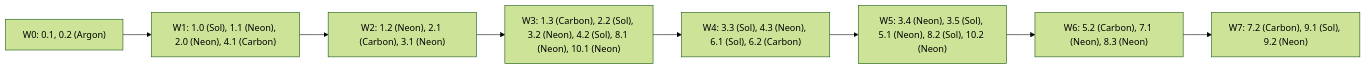
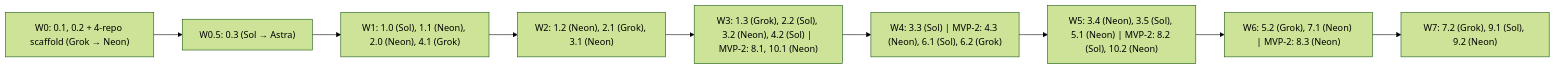
One commit to axiomasoft/vaulter changed the diagram in plan/execution/models-and-orchestration.md. Above: the diagram before and after it, drawn with Mermaid (forest theme). The commit also changed other lines of this file and 66 other files, not shown here.

Commit message:
Finalize Vaulter ecosystem plan, engineering standards, orchestration and drop obsolete roadmap

````diff
--- a/plan/execution/models-and-orchestration.md
+++ b/plan/execution/models-and-orchestration.md
@@ -54,10 +79,11 @@
 ```mermaid
 flowchart LR
-    W0["W0: 0.1, 0.2 (Argon)"] --> W1["W1: 1.0 (Sol), 1.1 (Neon), 2.0 (Neon), 4.1 (Carbon)"]
-    W1 --> W2["W2: 1.2 (Neon), 2.1 (Carbon), 3.1 (Neon)"]
-    W2 --> W3["W3: 1.3 (Carbon), 2.2 (Sol), 3.2 (Neon), 4.2 (Sol), 8.1 (Neon), 10.1 (Neon)"]
-    W3 --> W4["W4: 3.3 (Sol), 4.3 (Neon), 6.1 (Sol), 6.2 (Carbon)"]
-    W4 --> W5["W5: 3.4 (Neon), 3.5 (Sol), 5.1 (Neon), 8.2 (Sol), 10.2 (Neon)"]
-    W5 --> W6["W6: 5.2 (Carbon), 7.1 (Neon), 8.3 (Neon)"]
-    W6 --> W7["W7: 7.2 (Carbon), 9.1 (Sol), 9.2 (Neon)"]
+    W0["W0: 0.1, 0.2 + 4-repo scaffold (Grok → Neon)"] --> W05["W0.5: 0.3 (Sol → Astra)"]
+    W05 --> W1["W1: 1.0 (Sol), 1.1 (Neon), 2.0 (Neon), 4.1 (Grok)"]
+    W1 --> W2["W2: 1.2 (Neon), 2.1 (Grok), 3.1 (Neon)"]
+    W2 --> W3["W3: 1.3 (Grok), 2.2 (Sol), 3.2 (Neon), 4.2 (Sol) | MVP-2: 8.1, 10.1 (Neon)"]
+    W3 --> W4["W4: 3.3 (Sol) | MVP-2: 4.3 (Neon), 6.1 (Sol), 6.2 (Grok)"]
+    W4 --> W5["W5: 3.4 (Neon), 3.5 (Sol), 5.1 (Neon) | MVP-2: 8.2 (Sol), 10.2 (Neon)"]
+    W5 --> W6["W6: 5.2 (Grok), 7.1 (Neon) | MVP-2: 8.3 (Neon)"]
+    W6 --> W7["W7: 7.2 (Grok), 9.1 (Sol), 9.2 (Neon)"]
 ```
````
